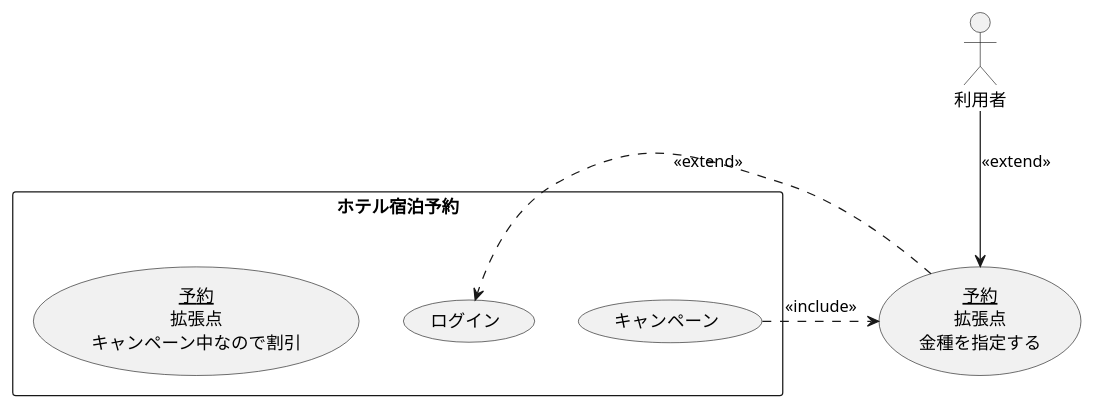
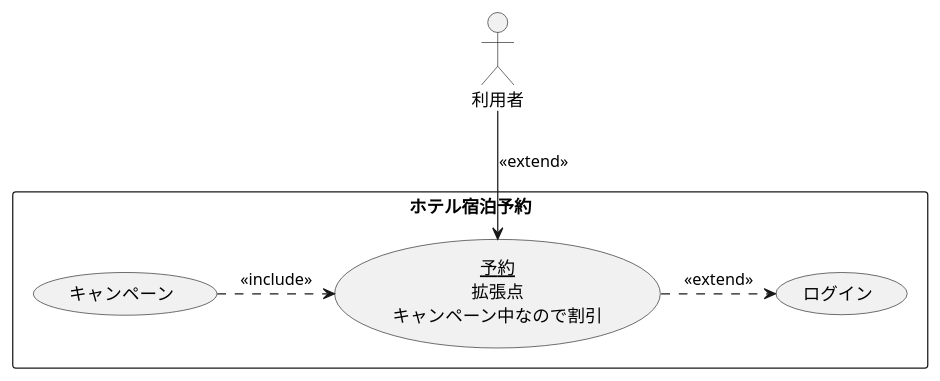
One commit to Charo249/uml_introduction changed the diagram in 演習2-4_キャンペーン中のホテル宿泊予約.pu. Above: the diagram before and after it, drawn with PlantUML.

Commit message:
ｓ

```diff
--- a/演習2-4_キャンペーン中のホテル宿泊予約.pu
+++ b/演習2-4_キャンペーン中のホテル宿泊予約.pu
@@ -1,15 +1,15 @@
 @startuml ユースケース図
 
 actor 利用者
 
 rectangle ホテル宿泊予約{
 usecase キャンペーン
 usecase ログイン
 usecase (<u>予約</u>\n拡張点\nキャンペーン中なので割引)
 
 
 }
-キャンペーン.> (<u>予約</u>\n拡張点\n金種を指定する): << include >>
-(<u>予約</u>\n拡張点\n金種を指定する).> ログイン: << extend >>
-利用者 --> (<u>予約</u>\n拡張点\n金種を指定する):<< extend >>
+キャンペーン.> (<u>予約</u>\n拡張点\nキャンペーン中なので割引): << include >>
+(<u>予約</u>\n拡張点\nキャンペーン中なので割引).> ログイン: << extend >>
+利用者 --> (<u>予約</u>\n拡張点\nキャンペーン中なので割引):<< extend >>
 @enduml
```
